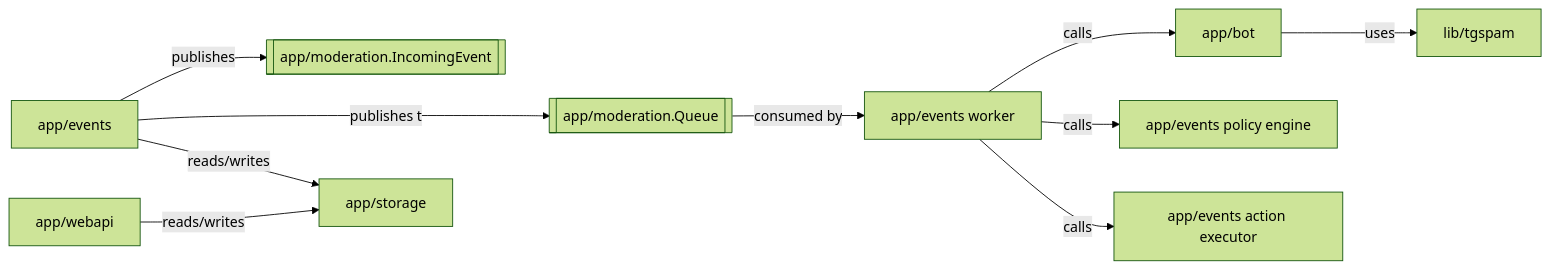
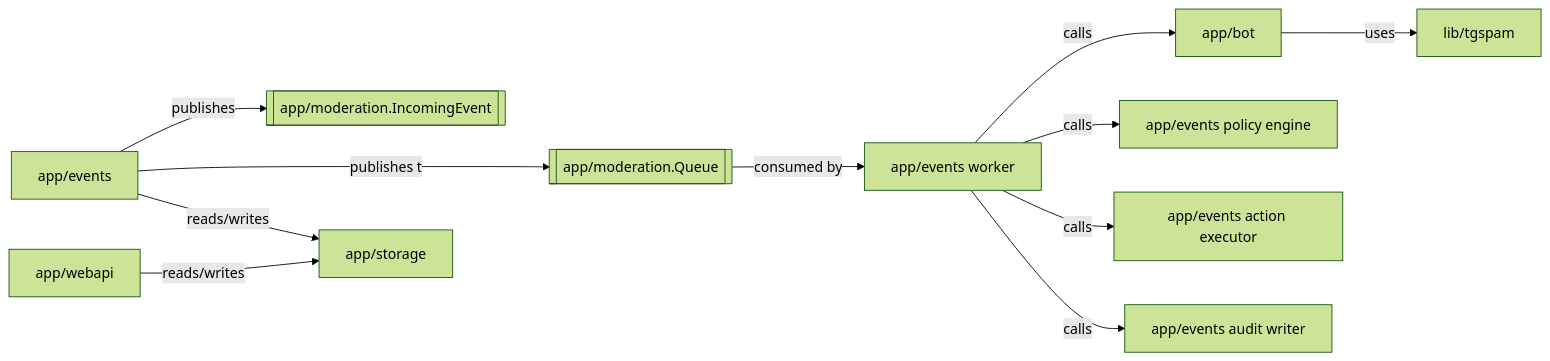
The second of 3 diagrams in docs/Architecture.md (redstone-md/shield), drawn with Mermaid (forest theme) before and after one commit. The commit also changed other lines of this file and 8 other files, not shown here.

Commit message:
refactor: extract moderation audit writer

````diff
--- a/docs/Architecture.md
+++ b/docs/Architecture.md
@@ -51,23 +51,25 @@
 ```mermaid
 flowchart LR
   Gateway[app/events]
   Queue[[app/moderation.Queue]]
   Event[[app/moderation.IncomingEvent]]
   Worker[app/events worker]
   Policy[app/events policy engine]
   Detection[app/bot]
   ActionExec[app/events action executor]
+  Audit[app/events audit writer]
   DetectorLib[lib/tgspam]
   Storage[app/storage]
   WebAPI[app/webapi]
 
   Gateway --publishes--> Event
   Gateway --publishes to--> Queue
   Queue --consumed by--> Worker
   Worker --calls--> Detection
   Worker --calls--> Policy
   Worker --calls--> ActionExec
+  Worker --calls--> Audit
   Detection --uses--> DetectorLib
   Gateway --reads/writes--> Storage
   WebAPI --reads/writes--> Storage
 ```
````
